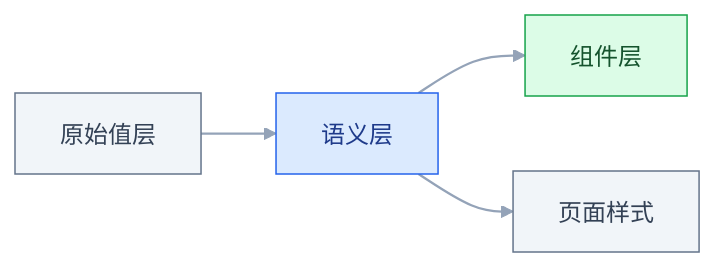
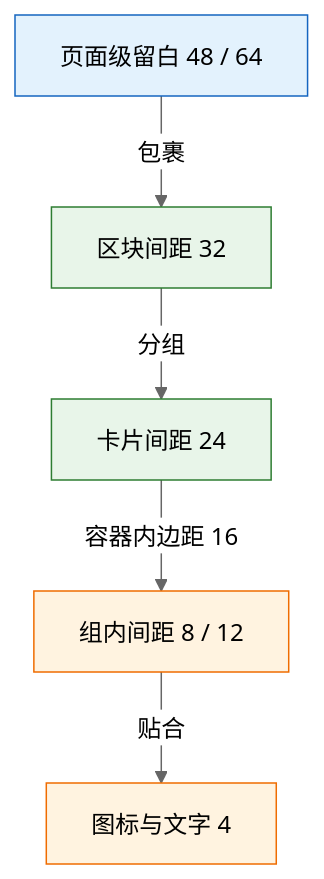
Before and after one commit to jimbosuper/studynotes: the second of 3 diagrams in blog/src/notes/02-UI/01-设计基础/01-视觉基础.md, drawn with Mermaid (neutral theme). The commit also changed other lines of this file and 367 other files, not shown here.

````diff
--- a/blog/src/notes/02-UI/01-设计基础/01-视觉基础.md
+++ b/blog/src/notes/02-UI/01-设计基础/01-视觉基础.md
@@ -635,11 +202,13 @@
 ```mermaid
-flowchart LR
-    classDef slate fill:#F1F5F9,stroke:#64748B,color:#334155
-    classDef blue fill:#DBEAFE,stroke:#2563EB,color:#1E3A8A
-    classDef green fill:#DCFCE7,stroke:#16A34A,color:#14532D
-
-    A["原始值层"]:::slate --> B["语义层"]:::blue
-    B --> C["组件层"]:::green
-    B --> D["页面样式"]:::slate
-    linkStyle default stroke:#94A3B8,stroke-width:1.5px
+flowchart TD
+    P["页面级留白 48 / 64"] -->|"包裹"| B["区块间距 32"]
+    B -->|"分组"| C["卡片间距 24"]
+    C -->|"容器内边距 16"| D["组内间距 8 / 12"]
+    D -->|"贴合"| E["图标与文字 4"]
+    classDef client fill:#e3f2fd,stroke:#1565c0;
+    classDef engine fill:#e8f5e9,stroke:#2e7d32;
+    classDef image fill:#fff3e0,stroke:#ef6c00;
+    class P client
+    class B,C engine
+    class D,E image
 ```
````
